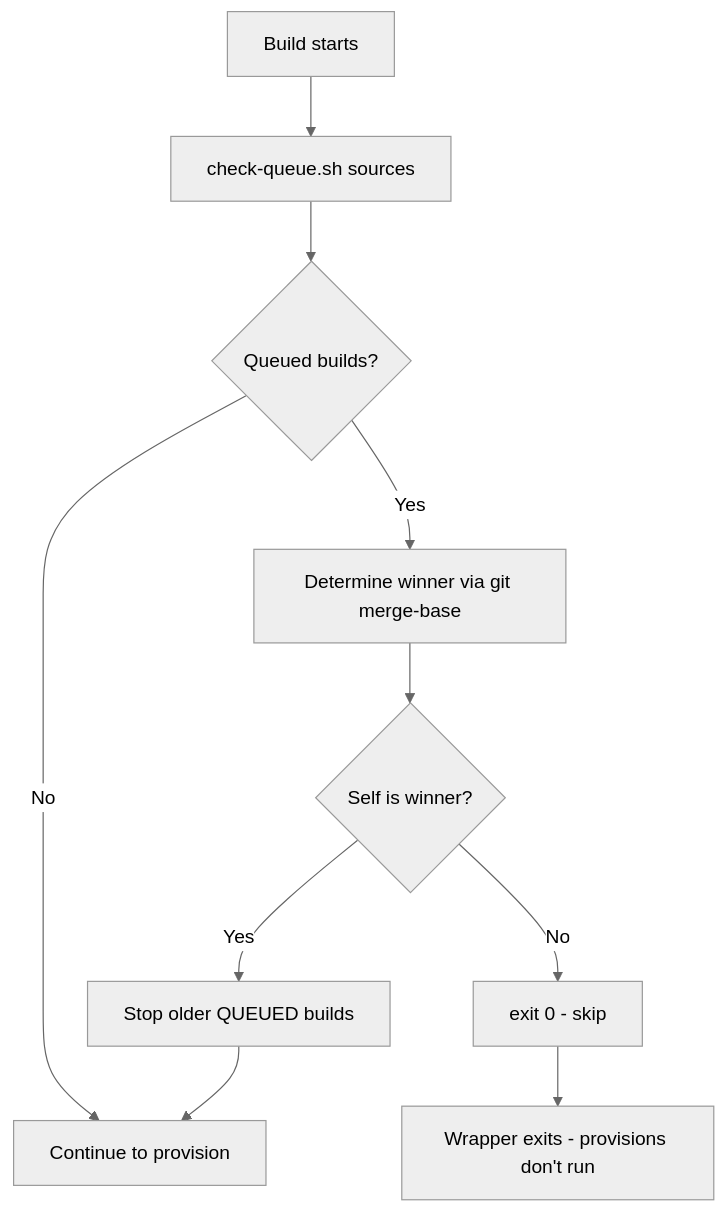
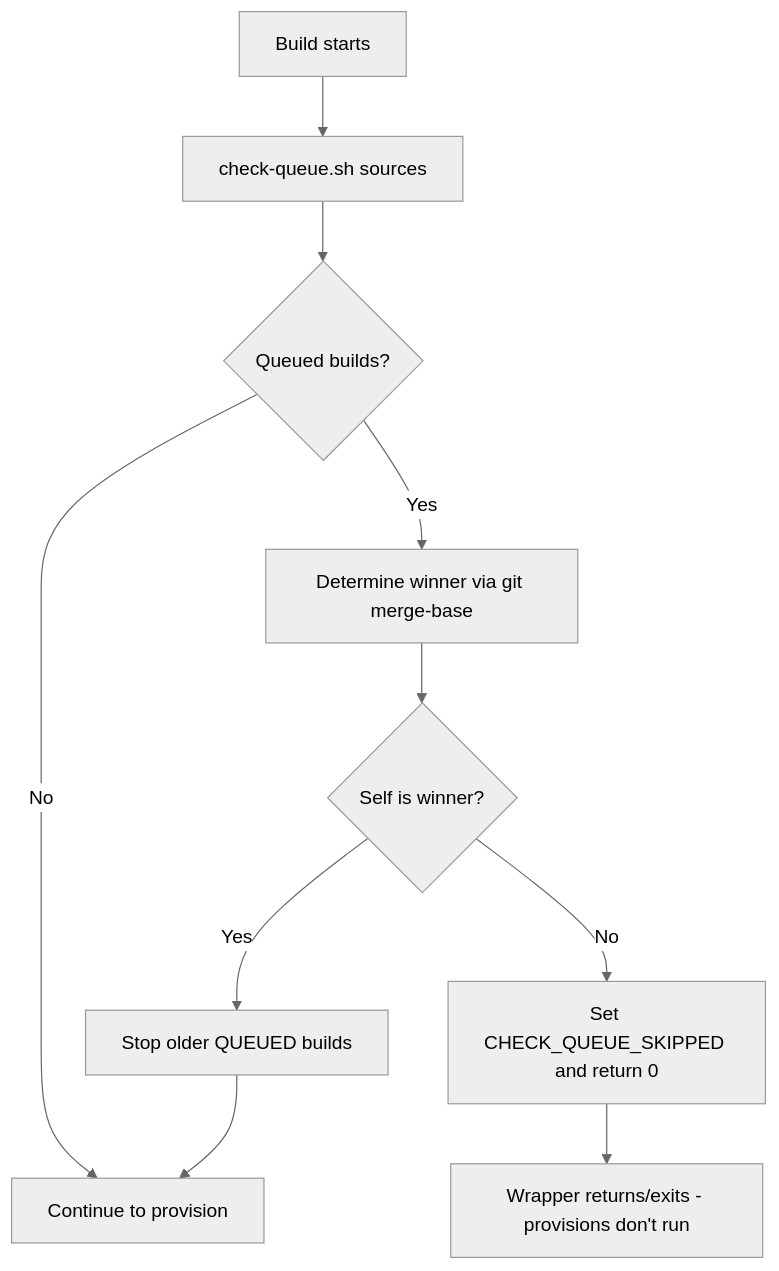
Before and after one commit to openshift-online/rosa-hyperfleet: the diagram in docs/design/check-queue-skip-logic.md, drawn with Mermaid (neutral theme). The commit also changed other lines of this file and 21 other files, not shown here.

````diff
--- a/docs/design/check-queue-skip-logic.md
+++ b/docs/design/check-queue-skip-logic.md
@@ -35,12 +35,12 @@
 ```mermaid
 flowchart TD
     A[Build starts] --> B[check-queue.sh sources]
     B --> C{Queued builds?}
     C -->|No| D[Continue to provision]
     C -->|Yes| E[Determine winner via git merge-base]
     E --> F{Self is winner?}
     F -->|Yes| G[Stop older QUEUED builds]
     G --> D
-    F -->|No| H[exit 0 - skip]
-    H --> I[Wrapper exits - provisions don't run]
+    F -->|No| H[Set CHECK_QUEUE_SKIPPED and return 0]
+    H --> I[Wrapper returns/exits - provisions don't run]
 ```
````
